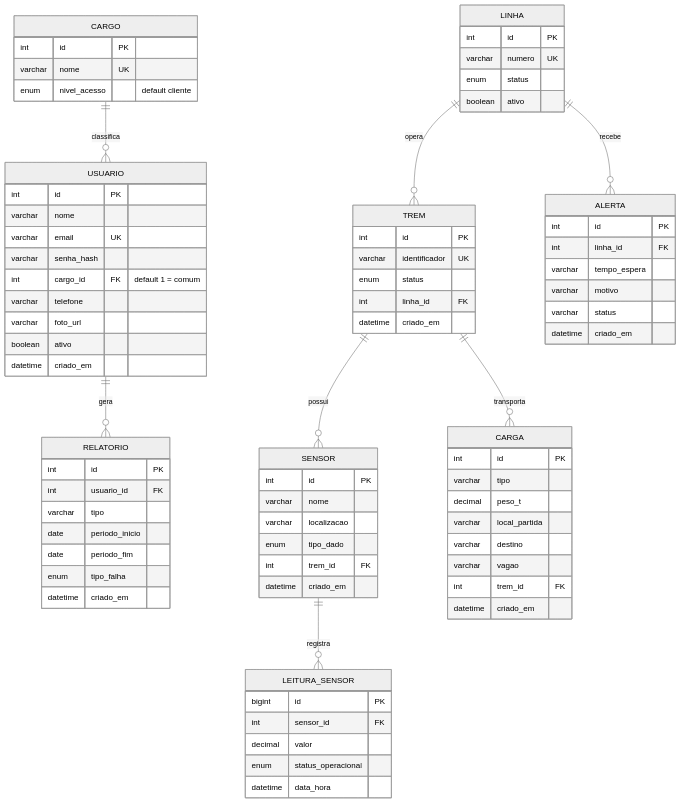
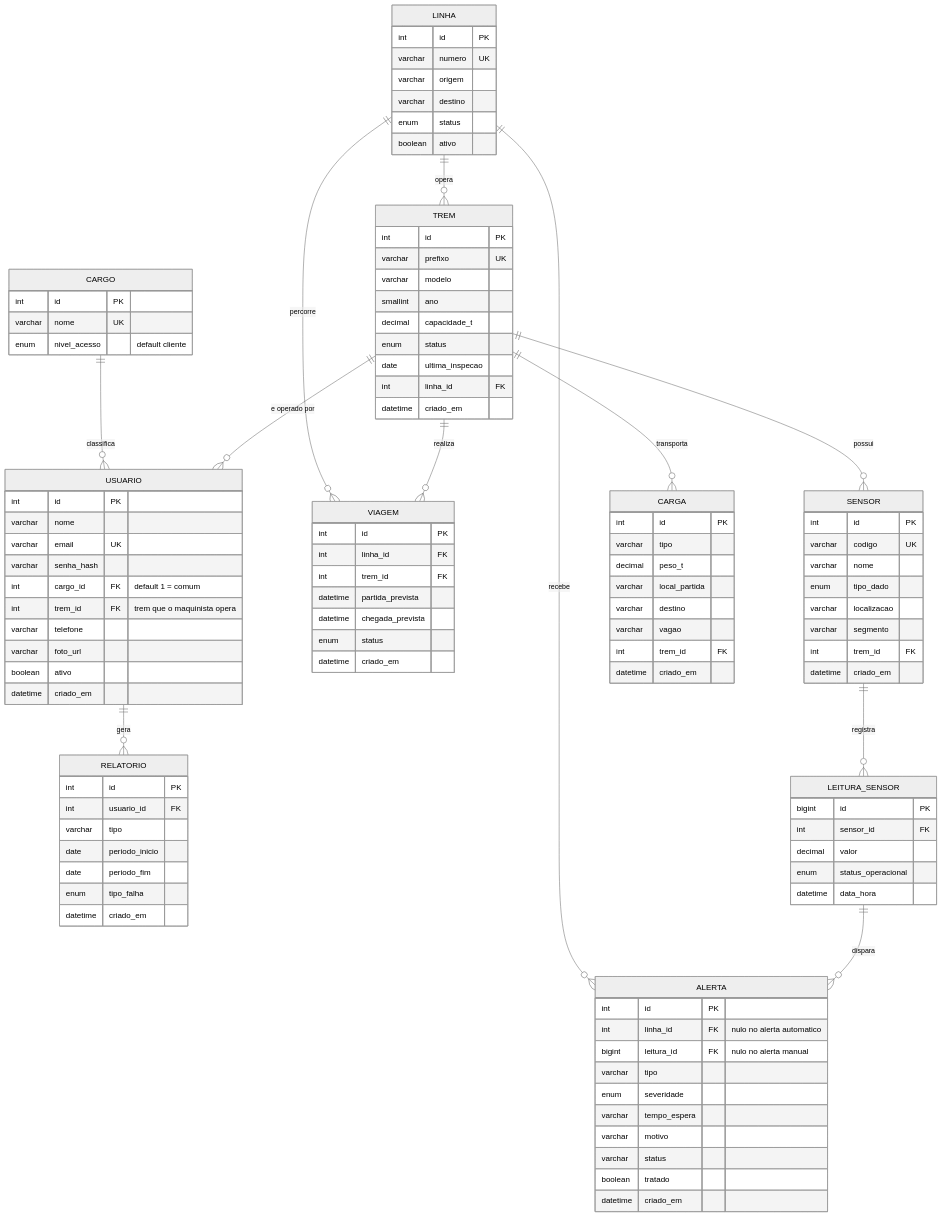
Before and after one commit to rafawzc/ferrovia_santa_cruz: the diagram in docs/banco/modelo-de-dados.md, drawn with Mermaid (neutral theme). The commit also changed other lines of this file and 25 other files, not shown here.

```diff
--- a/docs/banco/modelo-de-dados.md
+++ b/docs/banco/modelo-de-dados.md
@@ -18,9 +25,13 @@
     USUARIO   ||--o{ RELATORIO      : gera
     LINHA     ||--o{ TREM           : "opera"
     LINHA     ||--o{ ALERTA         : recebe
+    LINHA     ||--o{ VIAGEM         : percorre
     TREM      ||--o{ SENSOR         : possui
     TREM      ||--o{ CARGA          : transporta
+    TREM      ||--o{ VIAGEM         : realiza
+    TREM      ||--o{ USUARIO        : "e operado por"
     SENSOR    ||--o{ LEITURA_SENSOR : registra
+    LEITURA_SENSOR ||--o{ ALERTA    : dispara
 
     CARGO {
         int id PK
@@ -33,6 +44,7 @@
         varchar email UK
         varchar senha_hash
         int cargo_id FK "default 1 = comum"
+        int trem_id FK "trem que o maquinista opera"
         varchar telefone
         varchar foto_url
         boolean ativo
@@ -41,22 +53,39 @@
     LINHA {
         int id PK
         varchar numero UK
+        varchar origem
+        varchar destino
         enum status
         boolean ativo
     }
     TREM {
         int id PK
-        varchar identificador UK
+        varchar prefixo UK
+        varchar modelo
+        smallint ano
+        decimal capacidade_t
         enum status
+        date ultima_inspecao
         int linha_id FK
         datetime criado_em
     }
     SENSOR {
         int id PK
+        varchar codigo UK
         varchar nome
+        enum tipo_dado
         varchar localizacao
-        enum tipo_dado
+        varchar segmento
         int trem_id FK
+        datetime criado_em
+    }
+    VIAGEM {
+        int id PK
+        int linha_id FK
+        int trem_id FK
+        datetime partida_prevista
+        datetime chegada_prevista
+        enum status
         datetime criado_em
     }
     LEITURA_SENSOR {
@@ -78,10 +107,14 @@
     }
     ALERTA {
         int id PK
-        int linha_id FK
+        int linha_id FK "nulo no alerta automatico"
+        bigint leitura_id FK "nulo no alerta manual"
+        varchar tipo
+        enum severidade
         varchar tempo_espera
         varchar motivo
         varchar status
+        boolean tratado
         datetime criado_em
     }
     RELATORIO {
```
